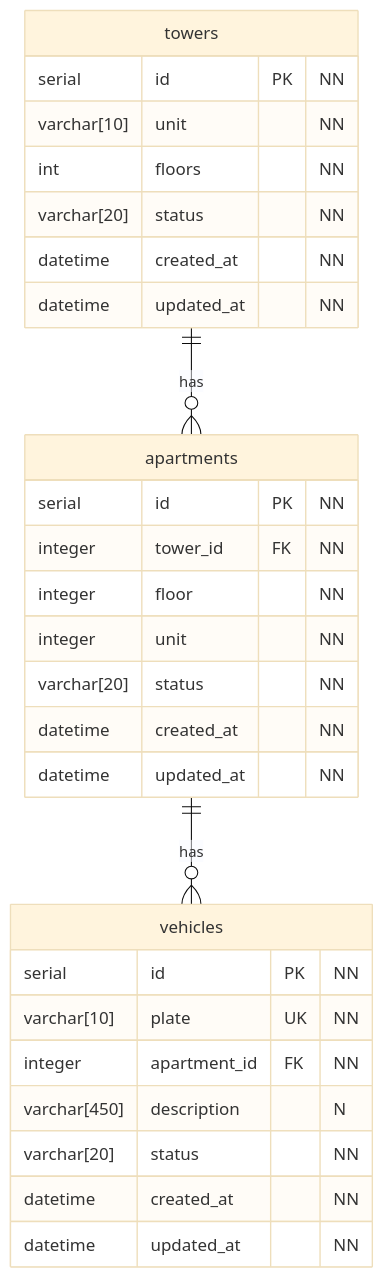
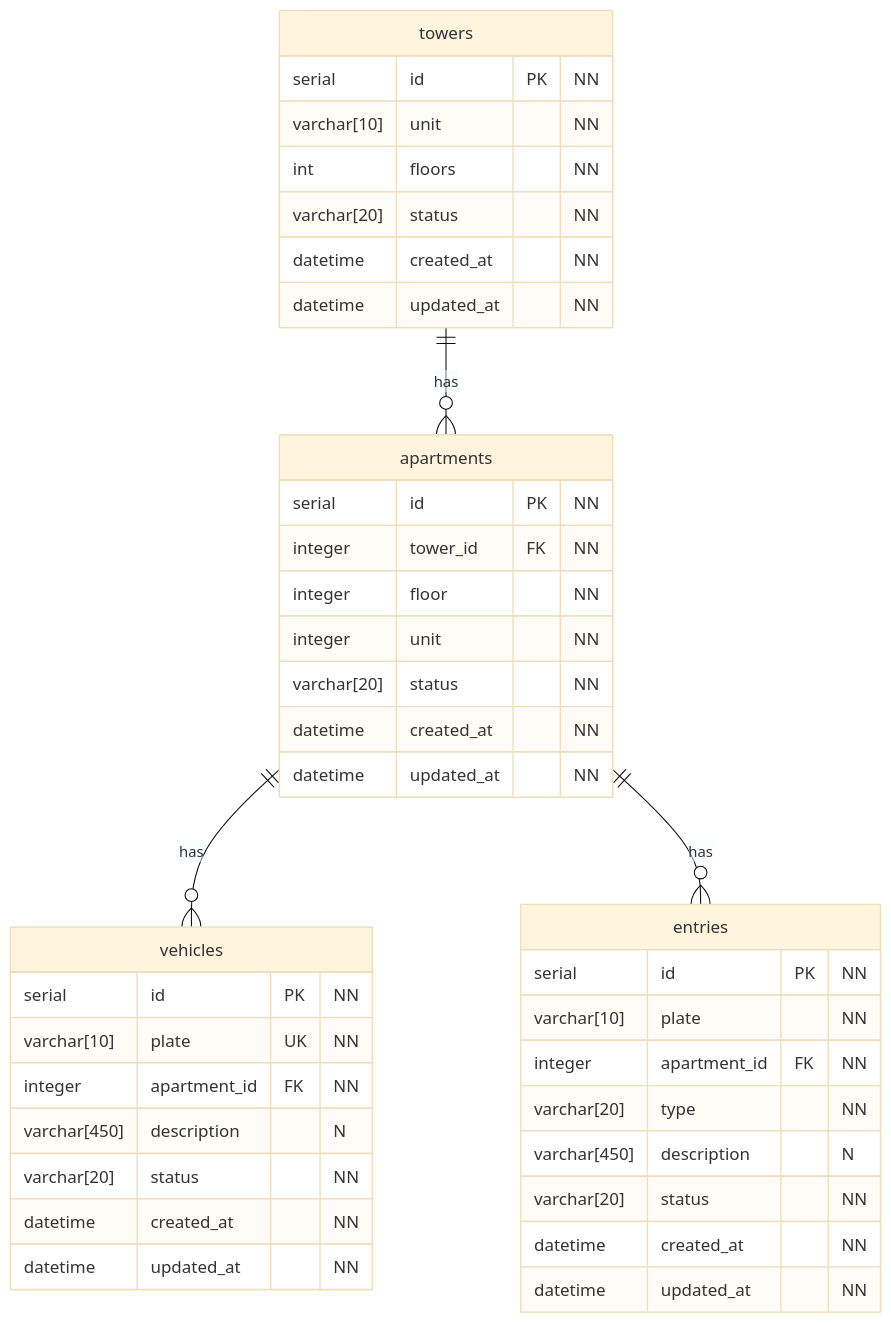
One commit to Juandiego001/parking-ai changed the diagram in docs/db.md. Above: the diagram before and after it, drawn with Mermaid (base theme). The commit also changed 28 other files, not shown here.

````diff
--- a/docs/db.md
+++ b/docs/db.md
@@ -3,38 +3,50 @@
 ```mermaid
 erDiagram
     vehicles
     apartments
     towers
 
     towers {
         serial id PK "NN"
         varchar[10] unit "NN"
         int floors "NN"
         varchar[20] status "NN"
         datetime created_at "NN"
         datetime updated_at "NN"
     }
 
     apartments {
         serial id PK "NN"
         integer tower_id FK "NN"
         integer floor "NN"
         integer unit "NN"
         varchar[20] status "NN"
         datetime created_at "NN"
         datetime updated_at "NN"
     }
 
     vehicles {
         serial id PK "NN"
         varchar[10] plate UK "NN"
         integer apartment_id FK "NN"
         varchar[450] description "N"
         varchar[20] status "NN"
         datetime created_at "NN"
         datetime updated_at "NN"
     }
 
+    entries {
+        serial id PK "NN"
+        varchar[10] plate "NN"
+        integer apartment_id FK "NN"
+        varchar[20] type "NN"
+        varchar[450] description "N"
+        varchar[20] status "NN"
+        datetime created_at "NN"
+        datetime updated_at "NN"
+    }
+
     towers ||--o{ apartments : has
     apartments ||--o{ vehicles : has
+    apartments ||--o{ entries : has
 ```
````
